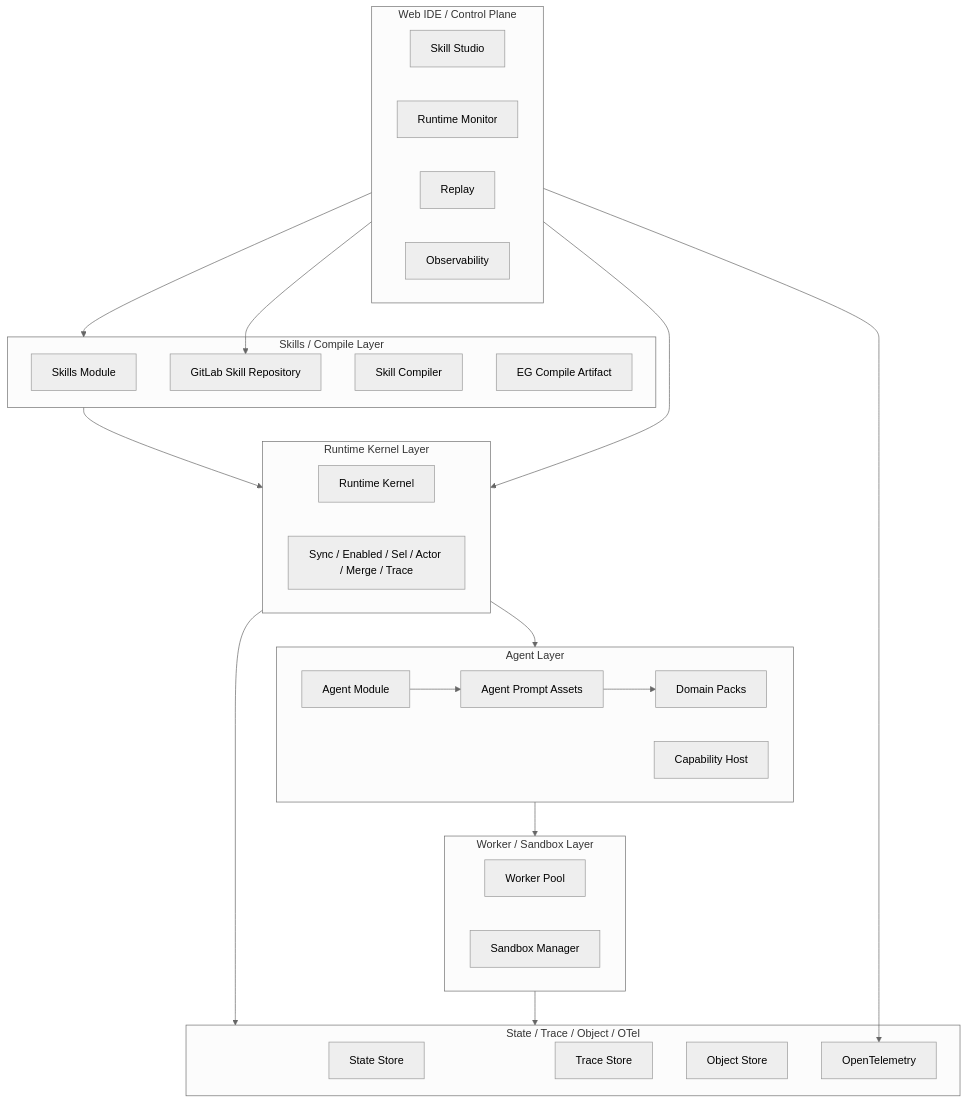
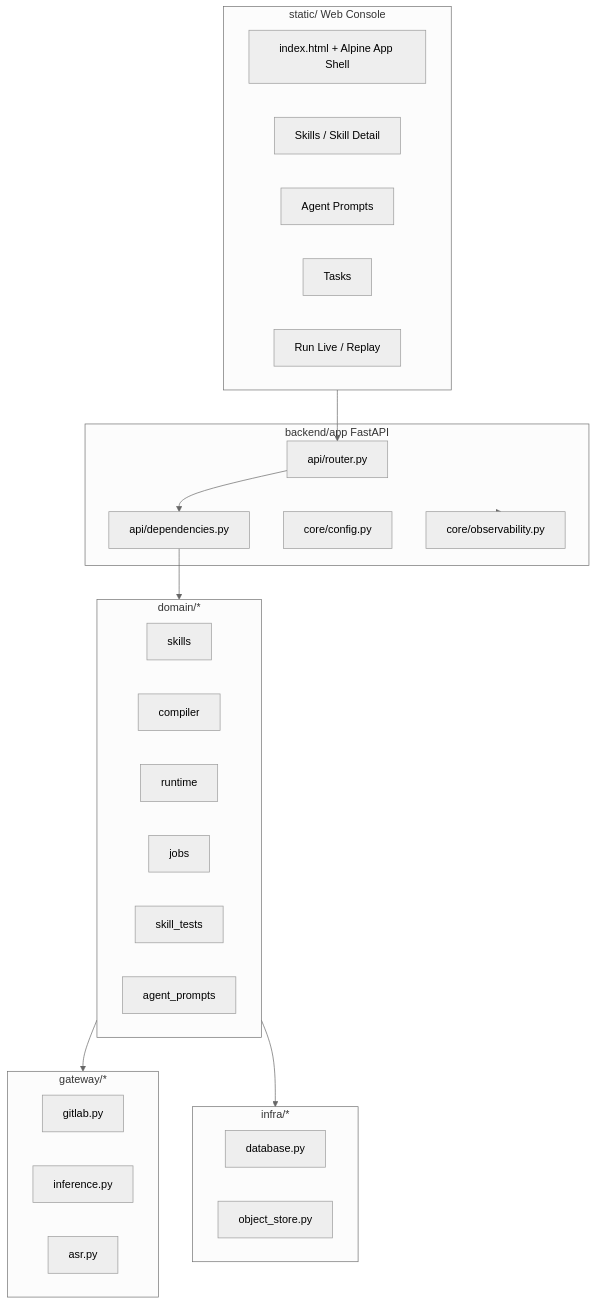
Before and after one commit to servforce/psop: the diagram in docs/PSOP概要设计v1.md, drawn with Mermaid (neutral theme). The commit also changed other lines of this file and 5 other files, not shown here.

````diff
--- a/docs/PSOP概要设计v1.md
+++ b/docs/PSOP概要设计v1.md
@@ -89,52 +59,44 @@
 ```mermaid
 flowchart TB
-    subgraph Web["Web IDE / Control Plane"]
-        SkillStudio["Skill Studio"]
-        RuntimeUI["Runtime Monitor"]
-        ReplayUI["Replay"]
-        ObsUI["Observability"]
+    subgraph Web["static/ Web Console"]
+        Shell["index.html + Alpine App Shell"]
+        SkillsUI["Skills / Skill Detail"]
+        AgentUI["Agent Prompts"]
+        TasksUI["Tasks"]
+        RunUI["Run Live / Replay"]
     end
 
-    subgraph Authoring["Skills / Compile Layer"]
-        SkillRepo["Skills Module"]
-        GitLabRepo["GitLab Skill Repository"]
-        Compiler["Skill Compiler"]
-        EGArtifact["EG Compile Artifact"]
+    subgraph API["backend/app FastAPI"]
+        Router["api/router.py"]
+        Deps["api/dependencies.py"]
+        Settings["core/config.py"]
+        OTel["core/observability.py"]
     end
 
-    subgraph Runtime["Runtime Kernel Layer"]
-        RuntimeKernel["Runtime Kernel"]
-        Scheduler["Sync / Enabled / Sel / Actor / Merge / Trace"]
+    subgraph Domain["domain/*"]
+        Skills["skills"]
+        Compiler["compiler"]
+        Runtime["runtime"]
+        Jobs["jobs"]
+        Tests["skill_tests"]
+        Prompts["agent_prompts"]
     end
 
-    subgraph Agents["Agent Layer"]
-        AgentModule["Agent Module"]
-        CapabilityHost["Capability Host"]
-        PromptAssets["Agent Prompt Assets"]
-        DomainPacks["Domain Packs"]
+    subgraph Gateway["gateway/*"]
+        GitLab["gitlab.py"]
+        LLM["inference.py"]
+        ASR["asr.py"]
     end
 
-    subgraph Exec["Worker / Sandbox Layer"]
-        WorkerPool["Worker Pool"]
-        SandboxMgr["Sandbox Manager"]
+    subgraph Infra["infra/*"]
+        DB["database.py"]
+        ObjectStore["object_store.py"]
     end
 
-    subgraph Store["State / Trace / Object / OTel"]
-        StateStore["State Store"]
-        TraceStore["Trace Store"]
-        ObjectStore["Object Store"]
-        OTel["OpenTelemetry"]
-    end
-
-    Web --> Authoring
-    Authoring --> Runtime
-    Web --> Runtime
-    Web --> GitLabRepo
-    Runtime --> Agents
-    AgentModule --> PromptAssets
-    PromptAssets --> DomainPacks
-    Agents --> Exec
-    Runtime --> Store
-    Exec --> Store
-    Web --> OTel
+    Web --> Router
+    Router --> Deps
+    Deps --> Domain
+    Domain --> Gateway
+    Domain --> Infra
+    API --> OTel
 ```
````
